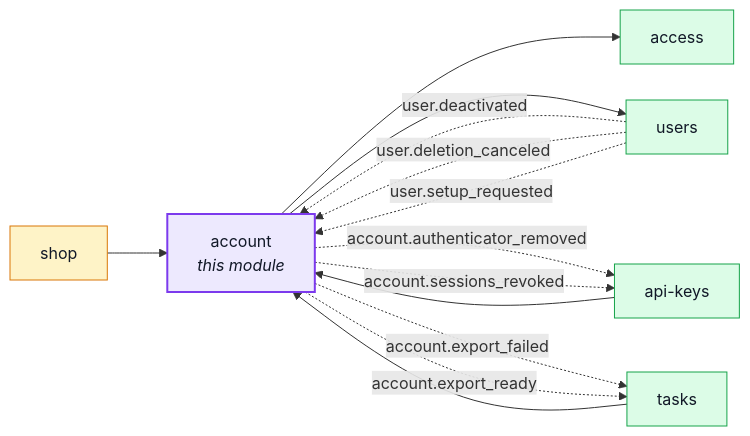
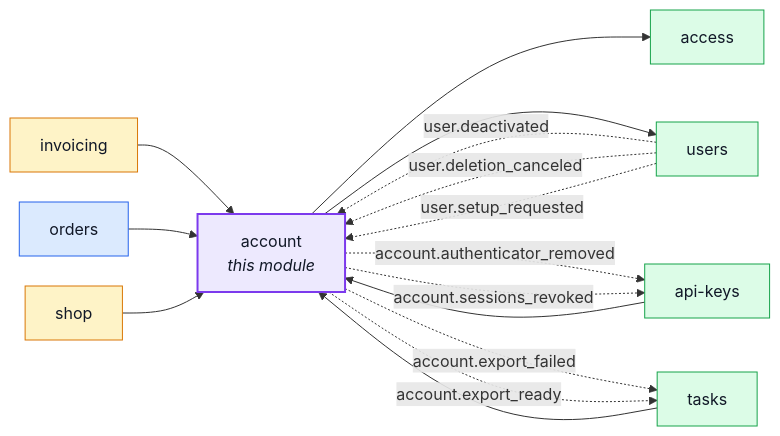
The first of 5 diagrams in docs/modules/account.md (Guebbit/boilerplate-node-backend), drawn with Mermaid before and after one commit. The commit also changed other lines of this file and 41 other files, not shown here.

First line of the commit message:
feat(account): the operator's legal identity moves from the shop to /config

````diff
--- a/docs/modules/account.md
+++ b/docs/modules/account.md
@@ -16,31 +16,36 @@
 ```mermaid
 %%{init: {'flowchart': {'nodeSpacing': 30, 'rankSpacing': 60}}}%%
 flowchart LR
     account["account<br/><i>this module</i>"]
     access["access"]
     api_keys["api-keys"]
+    invoicing["invoicing"]
+    orders["orders"]
     shop["shop"]
     tasks["tasks"]
     users["users"]
 
     api_keys --> account
+    invoicing --> account
+    orders --> account
     shop --> account
     tasks --> account
     account --> access
     account --> users
     users -. "user.deactivated" .-> account
     users -. "user.deletion_canceled" .-> account
     users -. "user.setup_requested" .-> account
     account -. "account.authenticator_removed" .-> api_keys
     account -. "account.sessions_revoked" .-> api_keys
     account -. "account.export_failed" .-> tasks
     account -. "account.export_ready" .-> tasks
 
     classDef core fill:#dbeafe,stroke:#2563eb,color:#111827;
     classDef supporting fill:#fef3c7,stroke:#d97706,color:#111827;
     classDef generic fill:#dcfce7,stroke:#16a34a,color:#111827;
     classDef centre fill:#ede9fe,stroke:#7c3aed,stroke-width:2px,color:#111827;
-    class shop supporting;
+    class orders core;
+    class invoicing,shop supporting;
     class access,api_keys,tasks,users generic;
     class account centre;
 ```
````
